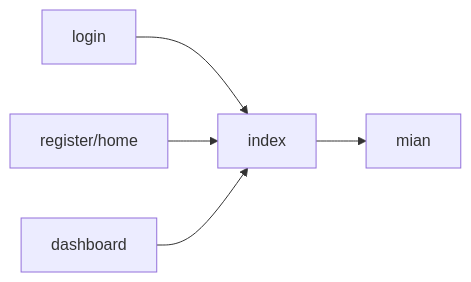
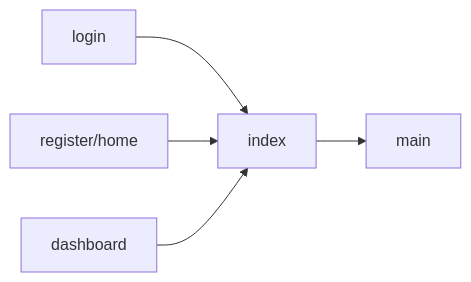
Before and after one commit to fwdp-sessions/domanipulation: the diagram in src/jellyfish/plan.md, drawn with Mermaid.

Commit message:
Edit plan

````diff
--- a/src/jellyfish/plan.md
+++ b/src/jellyfish/plan.md
@@ -5,7 +5,7 @@
 ```mermaid.js
 flowchart LR
     login --> index
     register/home  --> index
     dashboard --> index
-    index --> mian
+    index --> main
 ```
````
